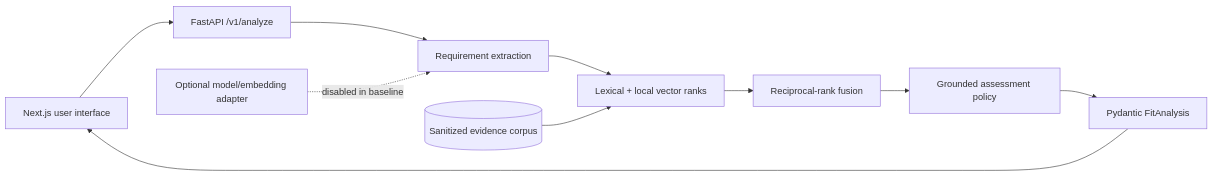
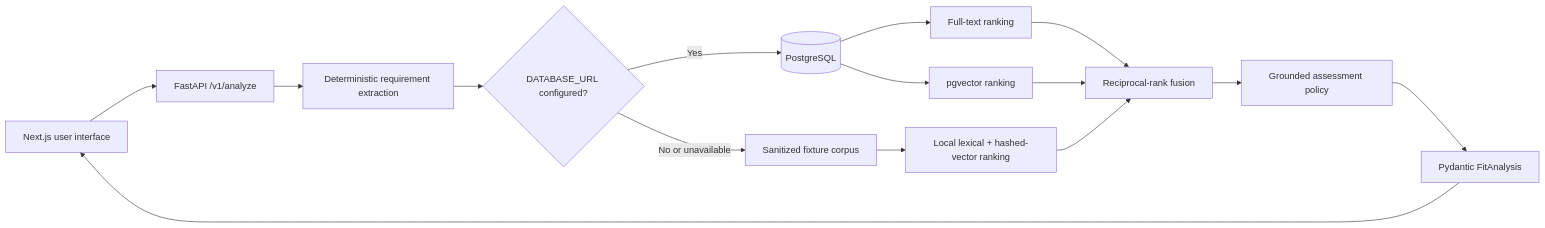
The diagram in README.md (tjfalcon/rolesignal), drawn with Mermaid before and after one commit. The commit also changed other lines of this file and 4 other files, not shown here.

Commit message:
Document RoleSignal runtime and deployment architecture (#9)

````diff
--- a/README.md
+++ b/README.md
@@ -38,12 +42,17 @@
 ```mermaid
 flowchart LR
   Browser[Next.js user interface] --> API[FastAPI /v1/analyze]
-  API --> Extract[Requirement extraction]
-  Extract --> Retrieve[Lexical + local vector ranks]
-  Retrieve --> Fuse[Reciprocal-rank fusion]
+  API --> Extract[Deterministic requirement extraction]
+  Extract --> Select{DATABASE_URL configured?}
+  Select -->|Yes| PG[(PostgreSQL)]
+  PG --> FTS[Full-text ranking]
+  PG --> Vector[pgvector ranking]
+  FTS --> Fuse[Reciprocal-rank fusion]
+  Vector --> Fuse
+  Select -->|No or unavailable| Fixture[Sanitized fixture corpus]
+  Fixture --> Local[Local lexical + hashed-vector ranking]
+  Local --> Fuse
   Fuse --> Assess[Grounded assessment policy]
   Assess --> Contract[Pydantic FitAnalysis]
   Contract --> Browser
-  Evidence[(Sanitized evidence corpus)] --> Retrieve
-  Provider[Optional model/embedding adapter] -. disabled in baseline .-> Extract
 ```
````
